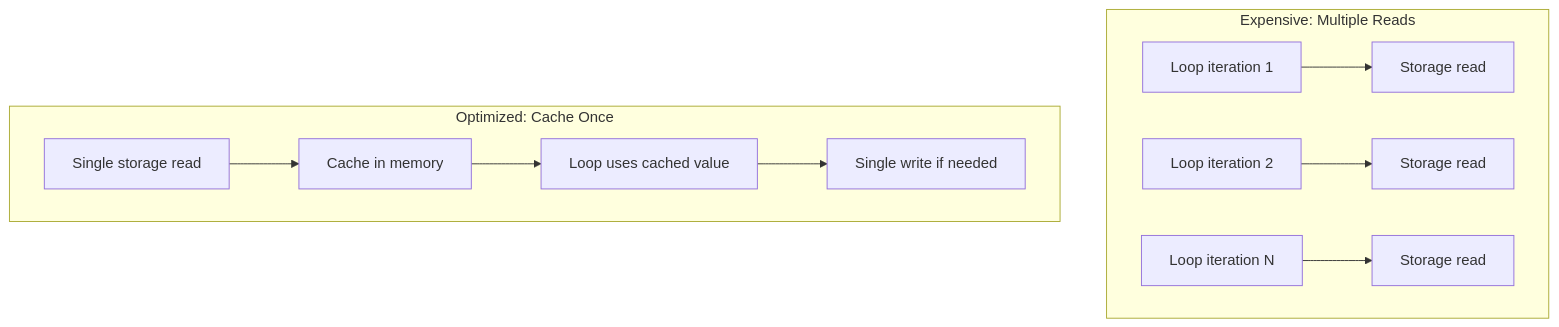
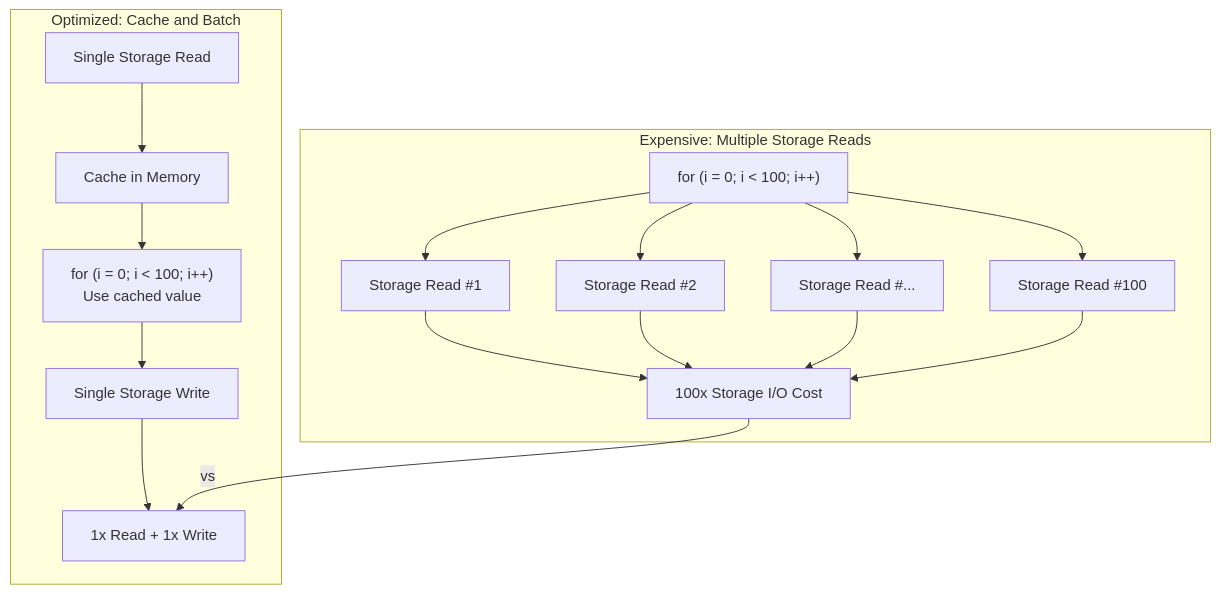
Before and after one commit to btc-vision/btc-runtime: the seventh of 8 diagrams in docs/core-concepts/storage-system.md, drawn with Mermaid. The commit also changed other lines of this file and 2 other files, not shown here.

First line of the commit message:
Add editor config and update storage system docs

````diff
--- a/docs/core-concepts/storage-system.md
+++ b/docs/core-concepts/storage-system.md
@@ -474,14 +635,24 @@
 ```mermaid
 flowchart TD
-    subgraph Bad["Expensive: Multiple Reads"]
-        B1[Loop iteration 1] --> BR1[Storage read]
-        B2[Loop iteration 2] --> BR2[Storage read]
-        B3[Loop iteration N] --> BR3[Storage read]
+    subgraph Bad["Expensive: Multiple Storage Reads"]
+        LOOP1["for (i = 0; i < 100; i++)"]
+        LOOP1 --> READ1["Storage Read #1"]
+        LOOP1 --> READ2["Storage Read #2"]
+        LOOP1 --> READ3["Storage Read #..."]
+        LOOP1 --> READ100["Storage Read #100"]
+        READ1 --> COST1["100x Storage I/O Cost"]
+        READ2 --> COST1
+        READ3 --> COST1
+        READ100 --> COST1
     end
-    
-    subgraph Good["Optimized: Cache Once"]
-        G1[Single storage read] --> G2[Cache in memory]
-        G2 --> G3[Loop uses cached value]
-        G3 --> G4[Single write if needed]
+
+    subgraph Good["Optimized: Cache and Batch"]
+        CACHE["Single Storage Read"]
+        CACHE --> MEM["Cache in Memory"]
+        MEM --> LOOP2["for (i = 0; i < 100; i++)<br/>Use cached value"]
+        LOOP2 --> WRITE["Single Storage Write"]
+        WRITE --> COST2["1x Read + 1x Write"]
     end
+
+    COST1 -->|"vs"| COST2
 ```
````
